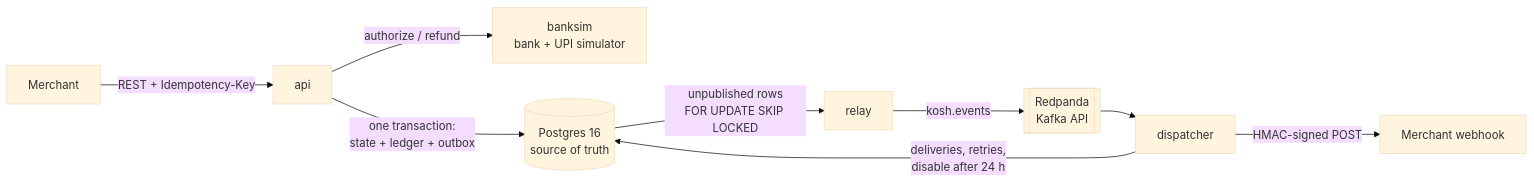
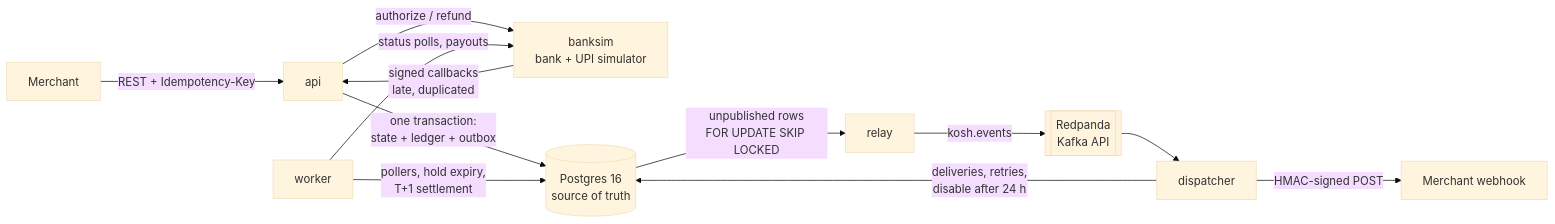
One commit to naman777/kosh changed the diagram in README.md. Above: the diagram before and after it, drawn with Mermaid (base theme). The commit also changed other lines of this file and 3 other files, not shown here.

````diff
--- a/README.md
+++ b/README.md
@@ -11,11 +11,14 @@
 ```mermaid
 flowchart LR
     M[Merchant] -- "REST + Idempotency-Key" --> API[api]
-    API -- authorize / refund --> BANK[banksim<br/>bank + UPI simulator]
+    API -- "authorize / refund" --> BANK[banksim<br/>bank + UPI simulator]
+    BANK -- "signed callbacks<br/>late, duplicated" --> API
     API -- "one transaction:<br/>state + ledger + outbox" --> PG[(Postgres 16<br/>source of truth)]
+    WORKER[worker] -- "status polls, payouts" --> BANK
+    WORKER -- "pollers, hold expiry,<br/>T+1 settlement" --> PG
     PG -- "unpublished rows<br/>FOR UPDATE SKIP LOCKED" --> RELAY[relay]
     RELAY -- kosh.events --> RP[[Redpanda<br/>Kafka API]]
     RP --> DISP[dispatcher]
     DISP -- "deliveries, retries,<br/>disable after 24 h" --> PG
     DISP -- "HMAC-signed POST" --> HOOK[Merchant webhook]
 ```
````
